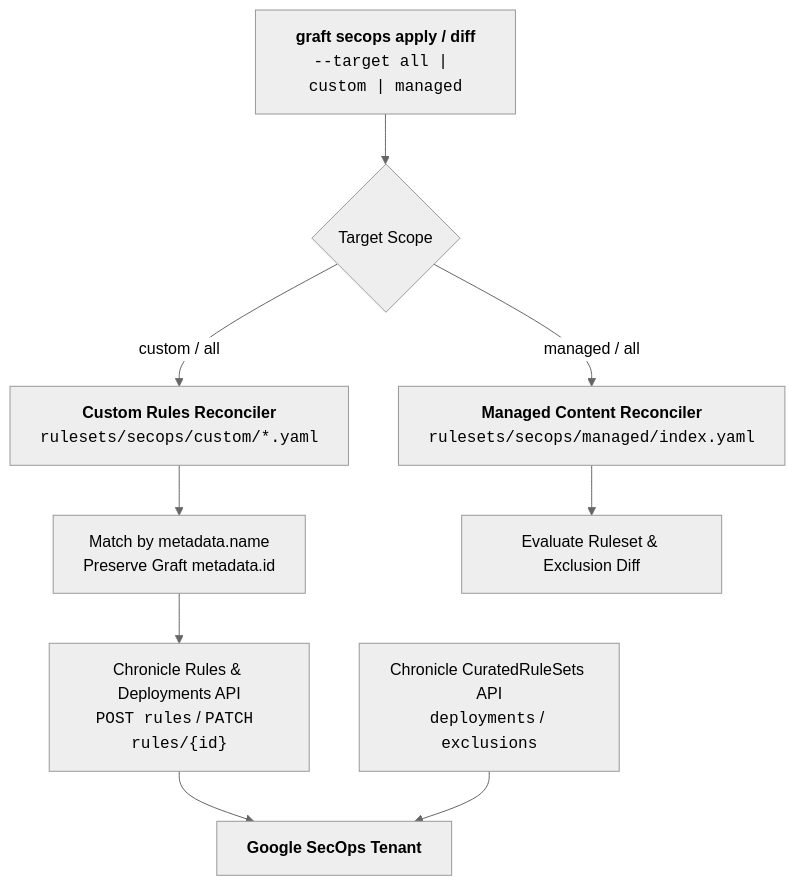
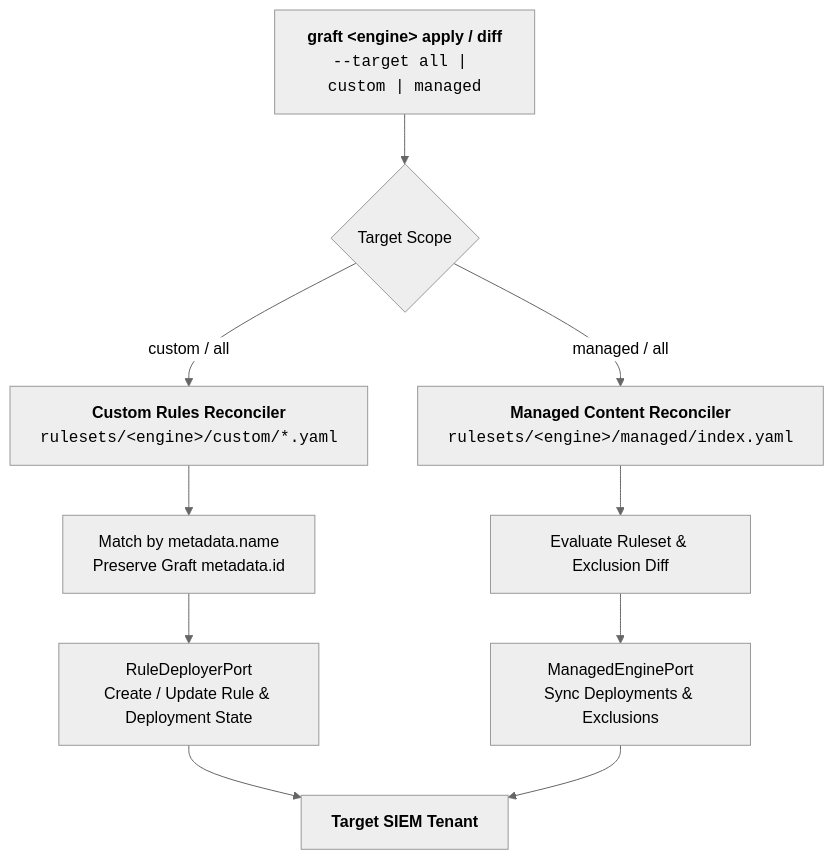
One commit to lopes/graft changed the first of 2 diagrams in docs/operators/gitops_reconciliation.md. Above: the diagram before and after it, drawn with Mermaid (neutral theme). The commit also changed other lines of this file and 37 other files, not shown here.

````diff
--- a/docs/operators/gitops_reconciliation.md
+++ b/docs/operators/gitops_reconciliation.md
@@ -11,19 +11,19 @@
 ```mermaid
 flowchart TD
-    CLI["<b>graft secops apply / diff</b><br/><code>--target all | custom | managed</code>"]
+    CLI["<b>graft &lt;engine&gt; apply / diff</b><br/><code>--target all | custom | managed</code>"]
     TARGET{"Target Scope"}
 
     CLI --> TARGET
 
-    TARGET -- "custom / all" --> CUSTOM_FLOW["<b>Custom Rules Reconciler</b><br/><code>rulesets/secops/custom/*.yaml</code>"]
-    TARGET -- "managed / all" --> MANAGED_FLOW["<b>Managed Content Reconciler</b><br/><code>rulesets/secops/managed/index.yaml</code>"]
+    TARGET -- "custom / all" --> CUSTOM_FLOW["<b>Custom Rules Reconciler</b><br/><code>rulesets/&lt;engine&gt;/custom/*.yaml</code>"]
+    TARGET -- "managed / all" --> MANAGED_FLOW["<b>Managed Content Reconciler</b><br/><code>rulesets/&lt;engine&gt;/managed/index.yaml</code>"]
 
     CUSTOM_FLOW --> MATCH["Match by metadata.name<br/>Preserve Graft metadata.id"]
-    MATCH --> CUSTOM_API["Chronicle Rules & Deployments API<br/><code>POST rules</code> / <code>PATCH rules/{id}</code>"]
+    MATCH --> CUSTOM_API["RuleDeployerPort<br/>Create / Update Rule & Deployment State"]
 
     MANAGED_FLOW --> MAN_DIFF["Evaluate Ruleset & Exclusion Diff"]
-    MANAGED_API["Chronicle CuratedRuleSets API<br/><code>deployments</code> / <code>exclusions</code>"]
+    MAN_DIFF --> MANAGED_API["ManagedEnginePort<br/>Sync Deployments & Exclusions"]
 
-    CUSTOM_API --> TENANT["<b>Google SecOps Tenant</b>"]
+    CUSTOM_API --> TENANT["<b>Target SIEM Tenant</b>"]
     MANAGED_API --> TENANT
 ```
````
